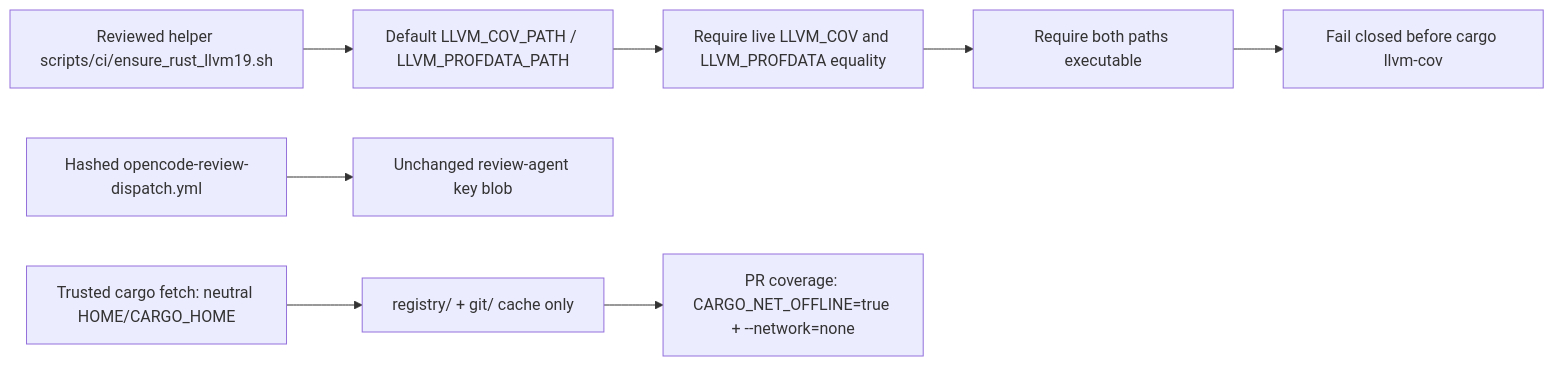
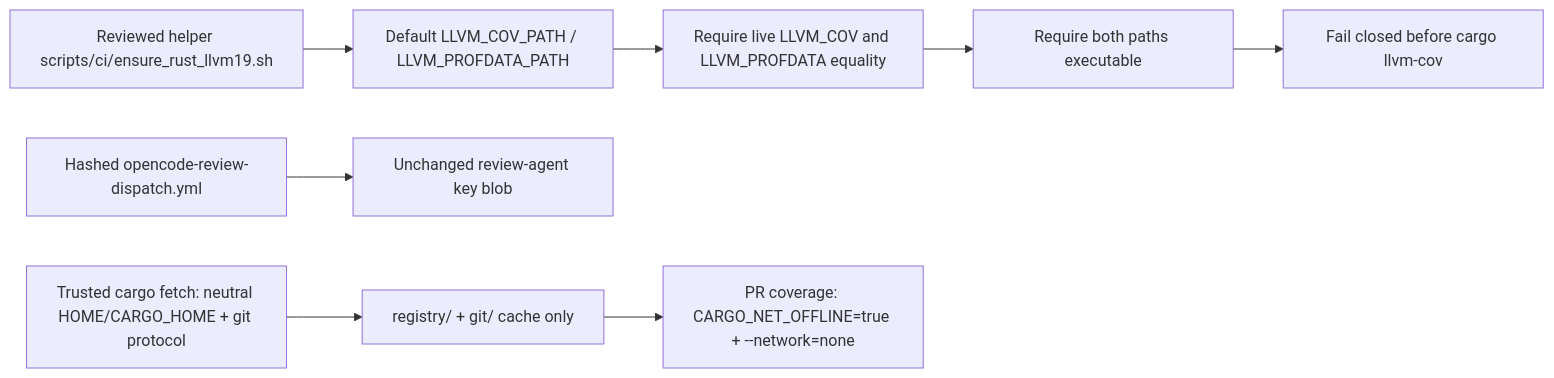
The diagram in docs/doctoring/opencode-rust-coverage-runtime-boundary.md (ContextualWisdomLab/.github), drawn with Mermaid before and after one commit. The commit also changed other lines of this file and 4 other files, not shown here.

Commit message:
fix(coverage): align offline Cargo registry protocol

````diff
--- a/docs/doctoring/opencode-rust-coverage-runtime-boundary.md
+++ b/docs/doctoring/opencode-rust-coverage-runtime-boundary.md
@@ -62,10 +64,10 @@
 ```mermaid
 flowchart LR
   A["Reviewed helper scripts/ci/ensure_rust_llvm19.sh"] --> B["Default LLVM_COV_PATH / LLVM_PROFDATA_PATH"]
   B --> C["Require live LLVM_COV and LLVM_PROFDATA equality"]
   C --> D["Require both paths executable"]
   D --> E["Fail closed before cargo llvm-cov"]
   F["Hashed opencode-review-dispatch.yml"] --> G["Unchanged review-agent key blob"]
-  H["Trusted cargo fetch: neutral HOME/CARGO_HOME"] --> I["registry/ + git/ cache only"]
+  H["Trusted cargo fetch: neutral HOME/CARGO_HOME + git protocol"] --> I["registry/ + git/ cache only"]
   I --> J["PR coverage: CARGO_NET_OFFLINE=true + --network=none"]
 ```
````
